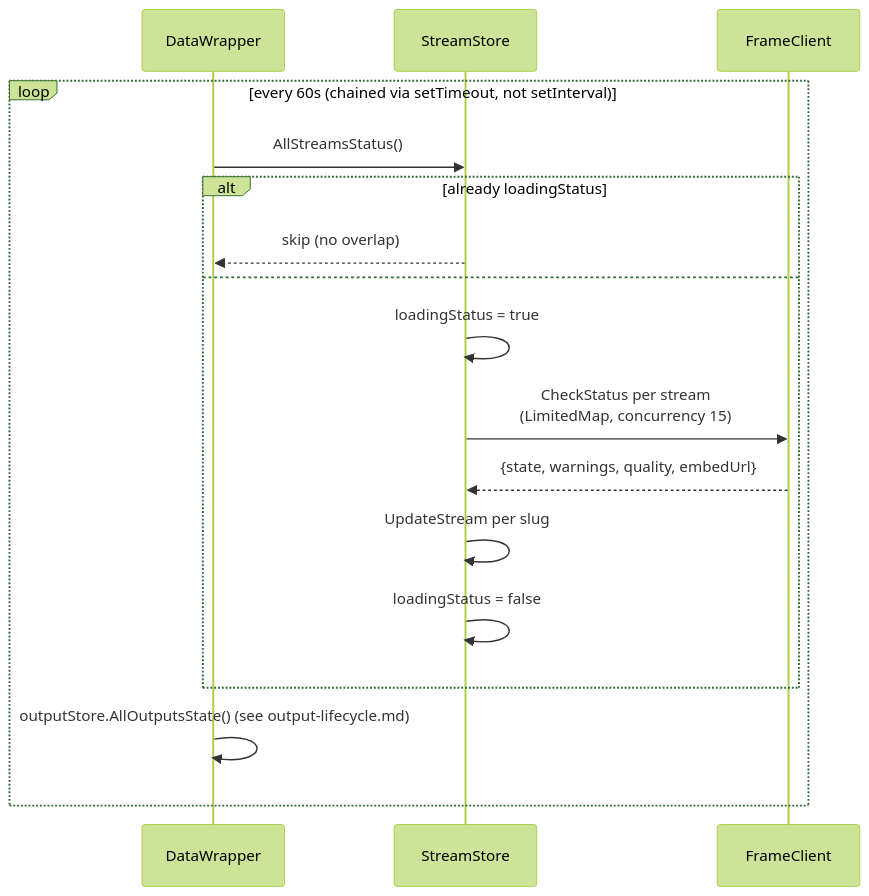
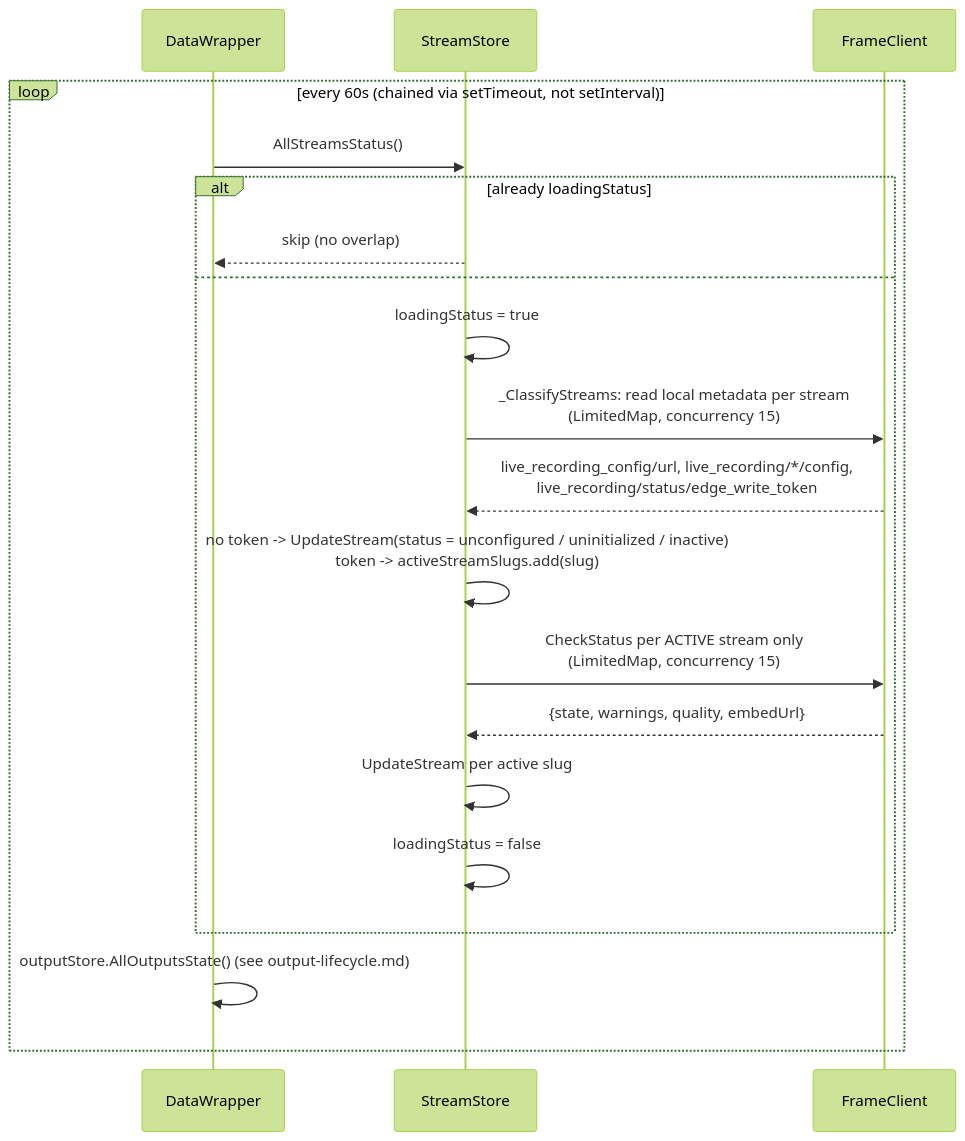
One commit to eluv-io/elv-live-stream changed the fourth of 4 diagrams in docs/diagrams/stream-lifecycle.md. Above: the diagram before and after it, drawn with Mermaid (forest theme). The commit also changed other lines of this file and 61 other files, not shown here.

````diff
--- a/docs/diagrams/stream-lifecycle.md
+++ b/docs/diagrams/stream-lifecycle.md
@@ -80,20 +84,23 @@
 ```mermaid
 sequenceDiagram
     participant DataWrapper
     participant StreamStore
     participant FrameClient
 
     loop every 60s (chained via setTimeout, not setInterval)
         DataWrapper->>StreamStore: AllStreamsStatus()
         alt already loadingStatus
             StreamStore-->>DataWrapper: skip (no overlap)
         else
             StreamStore->>StreamStore: loadingStatus = true
-            StreamStore->>FrameClient: CheckStatus per stream<br/>(LimitedMap, concurrency 15)
+            StreamStore->>FrameClient: _ClassifyStreams: read local metadata per stream<br/>(LimitedMap, concurrency 15)
+            FrameClient-->>StreamStore: live_recording_config/url, live_recording/*/config,<br/>live_recording/status/edge_write_token
+            StreamStore->>StreamStore: no token -> UpdateStream(status = unconfigured / uninitialized / inactive)<br/>token -> activeStreamSlugs.add(slug)
+            StreamStore->>FrameClient: CheckStatus per ACTIVE stream only<br/>(LimitedMap, concurrency 15)
             FrameClient-->>StreamStore: {state, warnings, quality, embedUrl}
-            StreamStore->>StreamStore: UpdateStream per slug
+            StreamStore->>StreamStore: UpdateStream per active slug
             StreamStore->>StreamStore: loadingStatus = false
         end
         DataWrapper->>DataWrapper: outputStore.AllOutputsState() (see output-lifecycle.md)
     end
 ```
````
